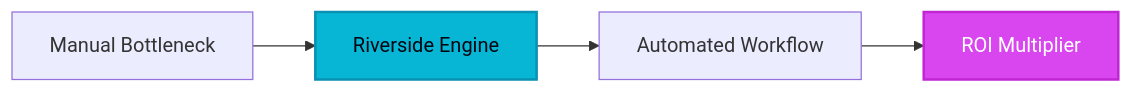
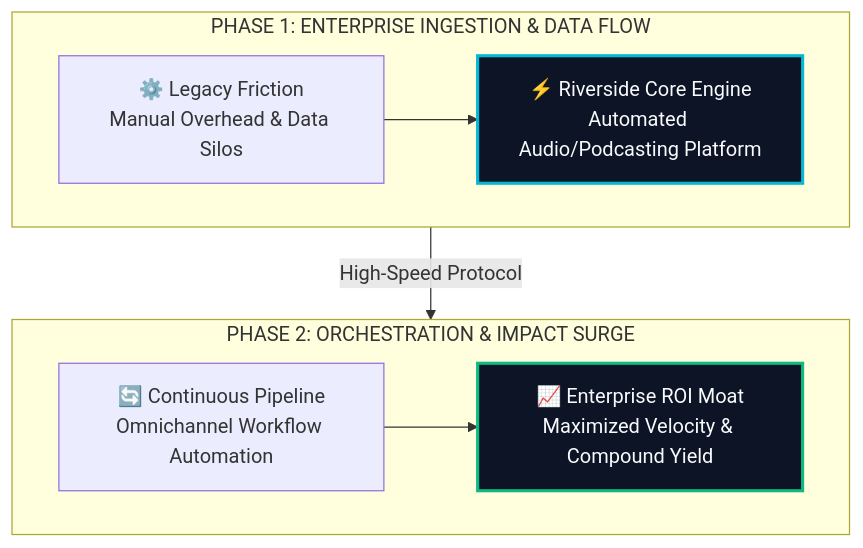
Before and after one commit to heliatech-media/saas-radar: the diagram in site/src/content/blog/riverside-evolution-guide-2026.md, drawn with Mermaid. The commit also changed 97 other files, not shown here.

First line of the commit message:
feat(diagrams): upgrade all article architecture schemas to high-impact 2-tier responsive vector blueprints

````diff
--- a/site/src/content/blog/riverside-evolution-guide-2026.md
+++ b/site/src/content/blog/riverside-evolution-guide-2026.md
@@ -51,8 +51,14 @@
 ```mermaid
-flowchart LR
-    A[Manual Bottleneck] --> B[Riverside Engine]
-    B --> C[Automated Workflow]
-    C --> D[ROI Multiplier]
-    style B fill:#06b6d4,stroke:#0891b2,stroke-width:2px,color:#030712
-    style D fill:#d946ef,stroke:#c026d3,stroke-width:2px,color:#ffffff
+flowchart TD
+    subgraph S1["PHASE 1: ENTERPRISE INGESTION & DATA FLOW"]
+        direction LR
+        A["⚙️ Legacy Friction<br/>Manual Overhead & Data Silos"] --> B["⚡ Riverside Core Engine<br/>Automated Audio/Podcasting Platform"]
+    end
+    subgraph S2["PHASE 2: ORCHESTRATION & IMPACT SURGE"]
+        direction LR
+        C["🔄 Continuous Pipeline<br/>Omnichannel Workflow Automation"] --> D["📈 Enterprise ROI Moat<br/>Maximized Velocity & Compound Yield"]
+    end
+    S1 -->|High-Speed Protocol| S2
+    style B fill:#0c1425,stroke:#06b6d4,stroke-width:2.5px,color:#f8fafc
+    style D fill:#0c1425,stroke:#10b981,stroke-width:2.5px,color:#f8fafc
 ```
````
